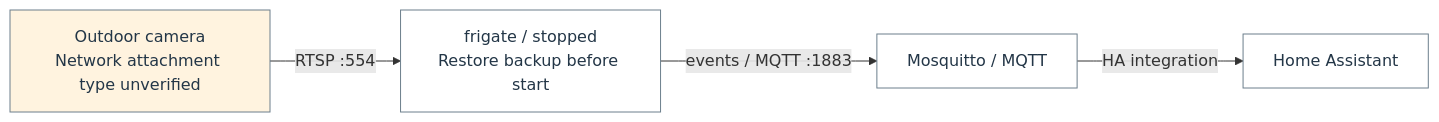
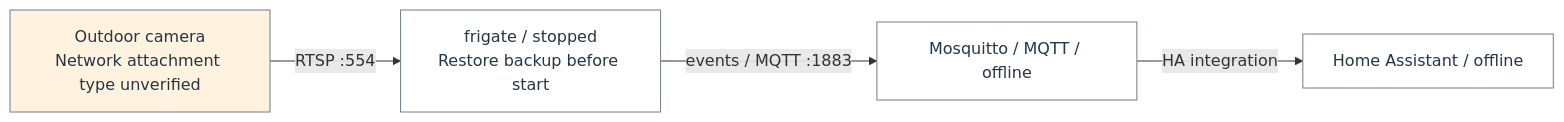
One commit to Harsh-2002/Homelab changed the diagram in docs/architecture/flow-0.mmd. Above: the diagram before and after it, drawn with Mermaid. The commit also changed 38 other files, not shown here.

```diff
--- a/docs/architecture/flow-0.mmd
+++ b/docs/architecture/flow-0.mmd
@@ -1,12 +1,12 @@
 flowchart LR
   n_flow_0_0["Outdoor camera<br/>Network attachment type unverified"]
   n_flow_0_1["frigate / stopped<br/>Restore backup before start"]
-  n_flow_0_2["Mosquitto / MQTT"]
-  n_flow_0_3["Home Assistant"]
+  n_flow_0_2["Mosquitto / MQTT / offline"]
+  n_flow_0_3["Home Assistant / offline"]
   n_flow_0_0 -->|"RTSP :554"| n_flow_0_1
   n_flow_0_1 -->|"events / MQTT :1883"| n_flow_0_2
   n_flow_0_2 -->|"HA integration"| n_flow_0_3
   classDef c_flow_0_0 fill:#fff3df,stroke:#6c7f8c,color:#233647;
   class n_flow_0_0 c_flow_0_0;
   classDef c_flow_0_1 fill:#ffffff,stroke:#6c7f8c,color:#233647;
   class n_flow_0_1,n_flow_0_2,n_flow_0_3 c_flow_0_1;
```
